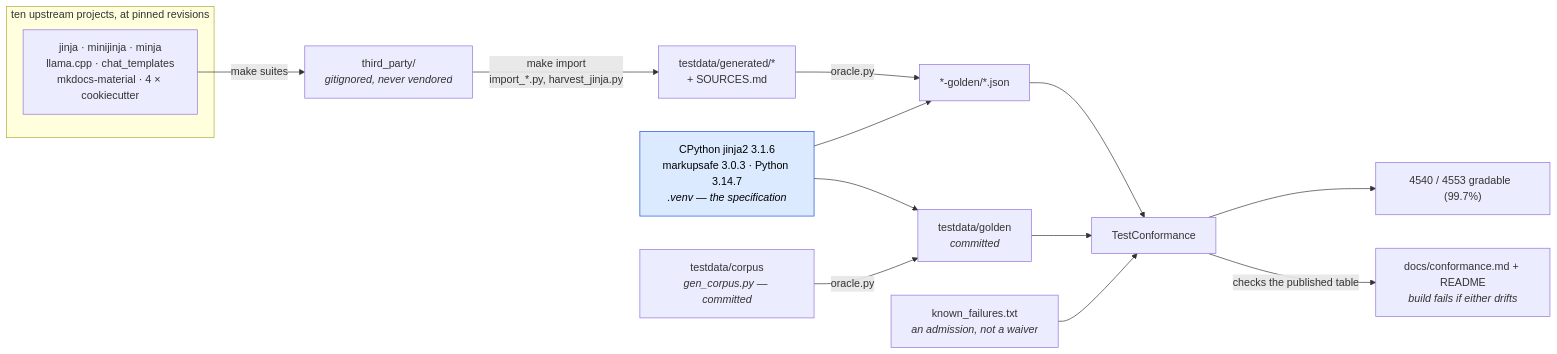
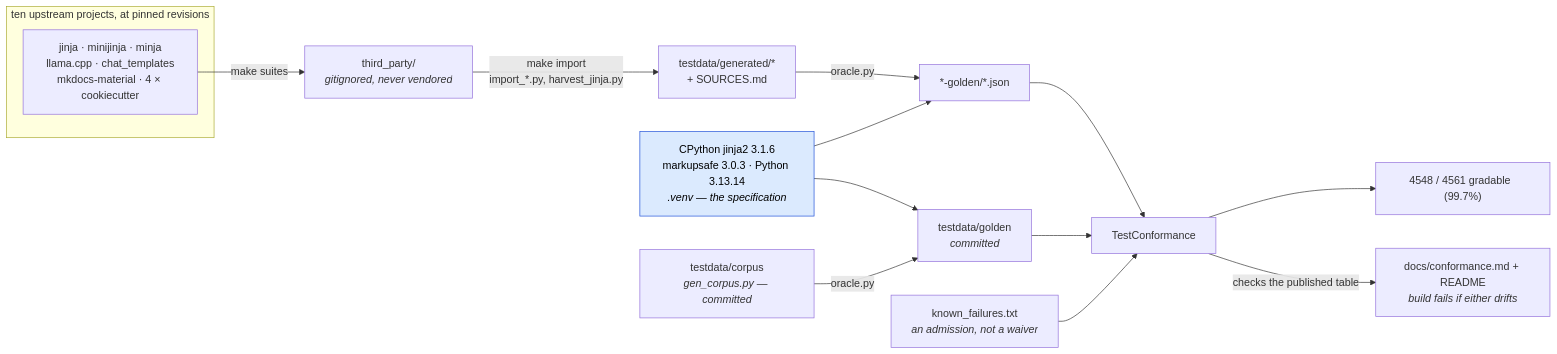
The first of 2 diagrams in docs/conformance.md (mgilbir/gojja2), drawn with Mermaid before and after one commit. The commit also changed other lines of this file and 2408 other files, not shown here.

First line of the commit message:
Move the specification to CPython 3.13 (#207)

````diff
--- a/docs/conformance.md
+++ b/docs/conformance.md
@@ -17,24 +17,24 @@
 ```mermaid
 flowchart LR
     subgraph up["ten upstream projects, at pinned revisions"]
         U1["jinja · minijinja · minja<br/>llama.cpp · chat_templates<br/>mkdocs-material · 4 × cookiecutter"]
     end
     U1 -->|"make suites"| TP["third_party/<br/><i>gitignored, never vendored</i>"]
     TP -->|"make import<br/>import_*.py, harvest_jinja.py"| GEN["testdata/generated/*<br/>+ SOURCES.md"]
 
-    ORA["CPython jinja2 3.1.6<br/>markupsafe 3.0.3 · Python 3.14.7<br/><i>.venv — the specification</i>"]
+    ORA["CPython jinja2 3.1.6<br/>markupsafe 3.0.3 · Python 3.13.14<br/><i>.venv — the specification</i>"]
     GEN -->|"oracle.py"| G2["*-golden/*.json"]
     ORA --> G2
 
     OWN["testdata/corpus<br/><i>gen_corpus.py — committed</i>"] -->|"oracle.py"| G1["testdata/golden<br/><i>committed</i>"]
     ORA --> G1
 
     G1 --> TC["TestConformance"]
     G2 --> TC
     KF["known_failures.txt<br/><i>an admission, not a waiver</i>"] --> TC
-    TC --> RATE["4540 / 4553 gradable  (99.7%)"]
+    TC --> RATE["4548 / 4561 gradable  (99.7%)"]
     TC -->|"checks the published table"| RM["docs/conformance.md + README<br/><i>build fails if either drifts</i>"]
 
     classDef spec fill:#dbeafe,stroke:#1d4ed8,color:#000
     class ORA spec
 ```
````
